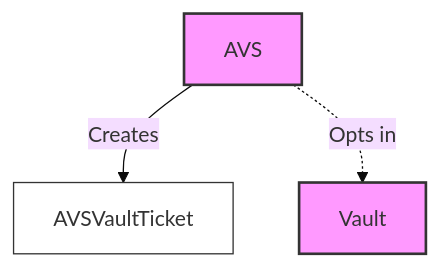
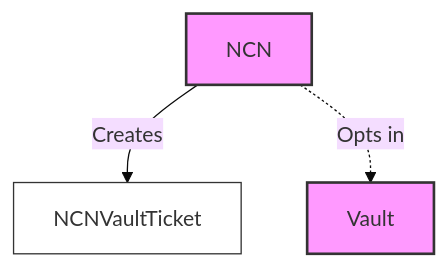
Before and after one commit to jito-foundation/restaking: the third of 5 diagrams in docs/concepts/restaking_program.md, drawn with Mermaid (base theme). The commit also changed other lines of this file and 61 other files, not shown here.

Commit message:
rename avs -> ncn

````diff
--- a/docs/concepts/restaking_program.md
+++ b/docs/concepts/restaking_program.md
@@ -90,10 +90,10 @@
 ```mermaid
 graph TD
     classDef main fill: #f9f, stroke: #333, stroke-width: 2px;
     classDef ticket fill: #fff, stroke: #333, stroke-width: 1px;
-    AVS[AVS]:::main
+    NCN[NCN]:::main
     Vault[Vault]:::main
-    AvsVaultTicket[AVSVaultTicket]:::ticket
-    AVS -->|Creates| AvsVaultTicket
-    AVS -.->|Opts in| Vault
+    NcnVaultTicket[NCNVaultTicket]:::ticket
+    NCN -->|Creates| NcnVaultTicket
+    NCN -.->|Opts in| Vault
 ```
````
